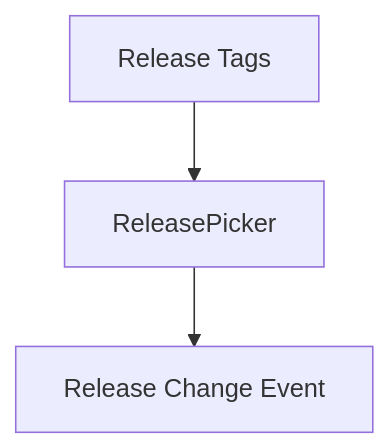
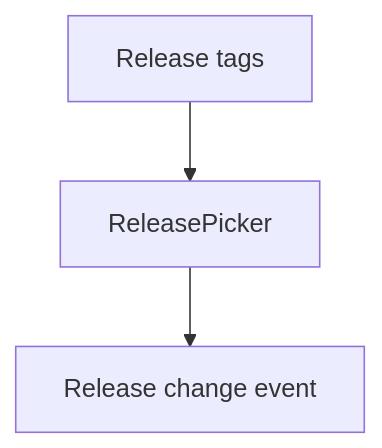
One commit to bartytime4life/Kansas-Frontier-Matrix changed the sixth of 8 diagrams in web/src/entities/diff-first/components/README.md. Above: the diagram before and after it, drawn with Mermaid. The commit also changed other lines of this file, not shown here.

````diff
--- a/web/src/entities/diff-first/components/README.md
+++ b/web/src/entities/diff-first/components/README.md
@@ -200,5 +200,5 @@
 ```mermaid
 flowchart TD
-    TAGS[Release Tags] --> RP[ReleasePicker]
-    RP --> EVT[Release Change Event]
+    TAGS2[Release tags] --> RP[ReleasePicker]
+    RP --> EVT[Release change event]
 ```
````
